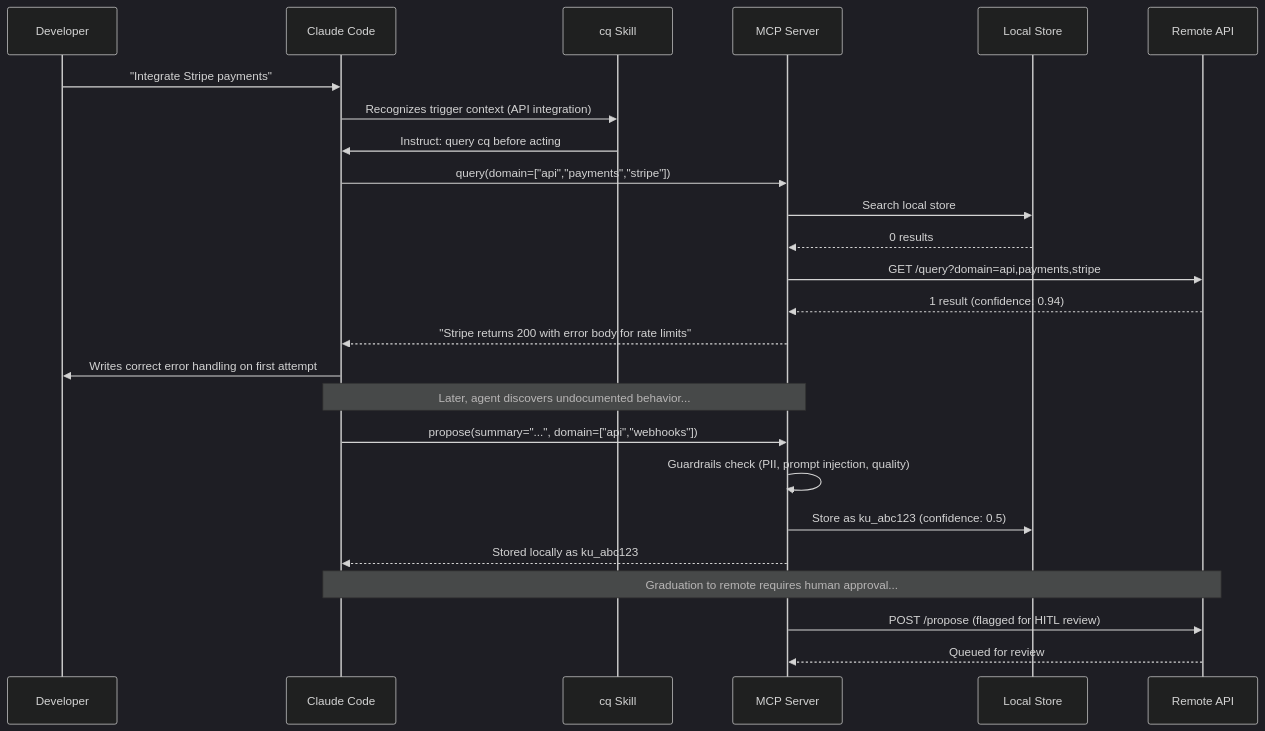
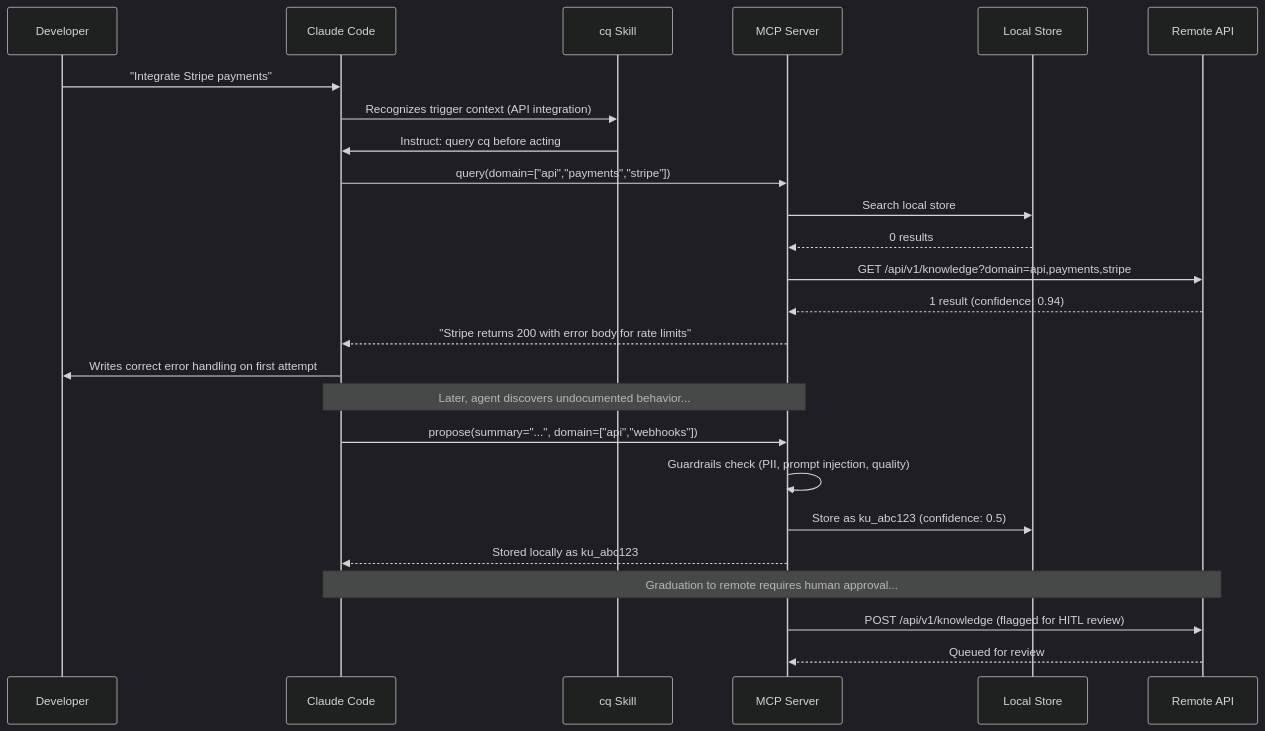
The second of 8 diagrams in docs/architecture.md (mozilla-ai/cq), drawn with Mermaid (dark theme) before and after one commit. The commit also changed 20 other files, not shown here.

````diff
--- a/docs/architecture.md
+++ b/docs/architecture.md
@@ -61,34 +61,34 @@
 ```mermaid
 sequenceDiagram
     participant Dev as Developer
     participant CC as Claude Code
     participant Skill as cq Skill
     participant MCP as MCP Server
     participant Local as Local Store
     participant Team as Remote API
 
     Dev->>CC: "Integrate Stripe payments"
     CC->>Skill: Recognizes trigger context (API integration)
     Skill->>CC: Instruct: query cq before acting
 
     CC->>MCP: query(domain=["api","payments","stripe"])
     MCP->>Local: Search local store
     Local-->>MCP: 0 results
-    MCP->>Team: GET /query?domain=api,payments,stripe
+    MCP->>Team: GET /api/v1/knowledge?domain=api,payments,stripe
     Team-->>MCP: 1 result (confidence: 0.94)
     MCP-->>CC: "Stripe returns 200 with error body for rate limits"
 
     CC->>Dev: Writes correct error handling on first attempt
 
     Note over CC,MCP: Later, agent discovers undocumented behavior...
 
     CC->>MCP: propose(summary="...", domain=["api","webhooks"])
     MCP->>MCP: Guardrails check (PII, prompt injection, quality)
     MCP->>Local: Store as ku_abc123 (confidence: 0.5)
     MCP-->>CC: Stored locally as ku_abc123
 
     Note over CC,Team: Graduation to remote requires human approval...
 
-    MCP->>Team: POST /propose (flagged for HITL review)
+    MCP->>Team: POST /api/v1/knowledge (flagged for HITL review)
     Team-->>MCP: Queued for review
 ```
````
